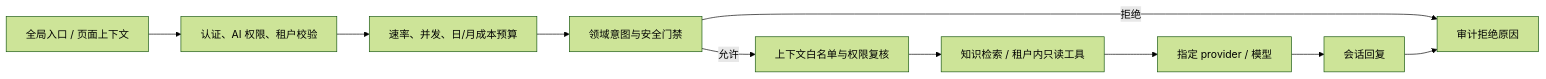
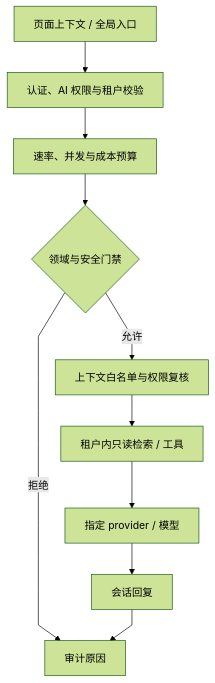
Before and after one commit to pinpols/file-batch-system: the diagram in docs/plans/ai-assistant-contextual-experience-and-cost-governance-2026-09-29.md, drawn with Mermaid (forest theme). The commit also changed 5032 other files, not shown here.

````diff
--- a/docs/plans/ai-assistant-contextual-experience-and-cost-governance-2026-09-29.md
+++ b/docs/plans/ai-assistant-contextual-experience-and-cost-governance-2026-09-29.md
@@ -69,12 +69,13 @@
 ```mermaid
-flowchart LR
-    UI[全局入口 / 页面上下文] --> AUTH[认证、AI 权限、租户校验]
-    AUTH --> QUOTA[速率、并发、日/月成本预算]
-    QUOTA --> SCOPE[领域意图与安全门禁]
-    SCOPE -->|拒绝| AUDIT[审计拒绝原因]
-    SCOPE -->|允许| CTX[上下文白名单与权限复核]
-    CTX --> RAG[知识检索 / 租户内只读工具]
-    RAG --> LLM[指定 provider / 模型]
-    LLM --> MSG[会话回复]
-    MSG --> AUDIT
+%%{init: {"flowchart":{"curve":"linear","nodeSpacing":32,"rankSpacing":48},"sequence":{"mirrorActors":false}}}%%
+flowchart TB
+  U[页面上下文 / 全局入口] --> A[认证、AI 权限与租户校验]
+  A --> Q[速率、并发与成本预算]
+  Q --> S{领域与安全门禁}
+  S -->|拒绝| L[审计原因]
+  S -->|允许| C[上下文白名单与权限复核]
+  C --> R[租户内只读检索 / 工具]
+  R --> M[指定 provider / 模型]
+  M --> P[会话回复]
+  P --> L
 ```
````
